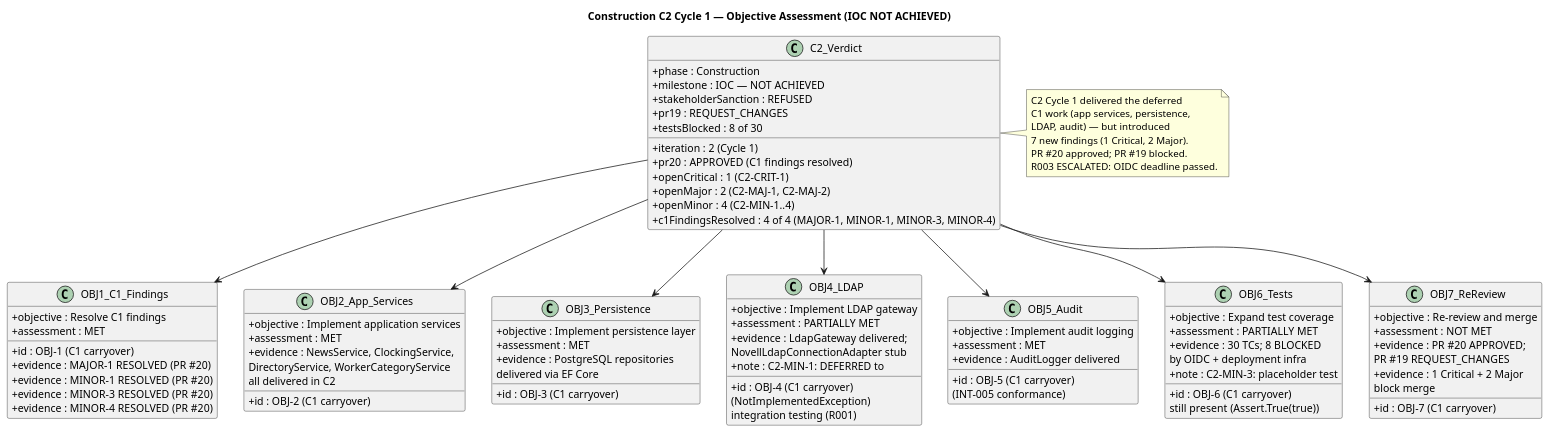
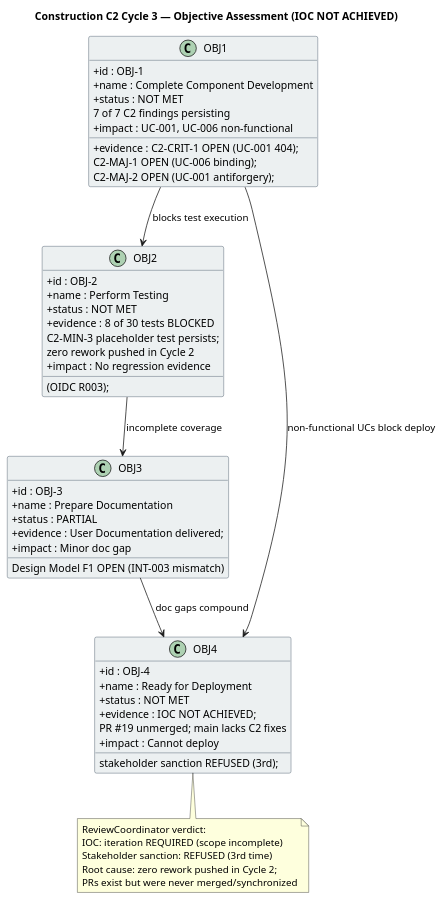
One commit to banense-test/portal-cuba-corp changed the first of 3 diagrams in docs/artifacts/project-management/iteration-assessment.md. Above: the diagram before and after it, drawn with PlantUML. The commit also changed other lines of this file, not shown here.

First line of the commit message:
Project Manager [C2]: upsert Iteration Assessment

````diff
--- a/docs/artifacts/project-management/iteration-assessment.md
+++ b/docs/artifacts/project-management/iteration-assessment.md
@@ -24,105 +24,63 @@
 ```plantuml
 @startuml
-title Construction C2 Cycle 1 — Objective Assessment (IOC NOT ACHIEVED)
+title Construction C2 Cycle 3 — Objective Assessment (IOC NOT ACHIEVED)
 
+skinparam classBorderColor #2C3E50
+skinparam classBackgroundColor #ECF0F1
 skinparam classAttributeIconSize 0
-skinparam monochrome false
 
-class C2_Verdict {
-  + phase : Construction
-  + iteration : 2 (Cycle 1)
-  + milestone : IOC — NOT ACHIEVED
-  + stakeholderSanction : REFUSED
-  + pr20 : APPROVED (C1 findings resolved)
-  + pr19 : REQUEST_CHANGES
-  + openCritical : 1 (C2-CRIT-1)
-  + openMajor : 2 (C2-MAJ-1, C2-MAJ-2)
-  + openMinor : 4 (C2-MIN-1..4)
-  + c1FindingsResolved : 4 of 4 (MAJOR-1, MINOR-1, MINOR-3, MINOR-4)
-  + testsBlocked : 8 of 30
+class OBJ1 {
+  + id : OBJ-1
+  + name : Complete Component Development
+  + status : NOT MET
+  + evidence : C2-CRIT-1 OPEN (UC-001 404);
+    C2-MAJ-1 OPEN (UC-006 binding);
+    C2-MAJ-2 OPEN (UC-001 antiforgery);
+    7 of 7 C2 findings persisting
+  + impact : UC-001, UC-006 non-functional
 }
 
-class OBJ1_C1_Findings {
-  + id : OBJ-1 (C1 carryover)
-  + objective : Resolve C1 findings
-  + assessment : MET
-  + evidence : MAJOR-1 RESOLVED (PR #20)
-  + evidence : MINOR-1 RESOLVED (PR #20)
-  + evidence : MINOR-3 RESOLVED (PR #20)
-  + evidence : MINOR-4 RESOLVED (PR #20)
+class OBJ2 {
+  + id : OBJ-2
+  + name : Perform Testing
+  + status : NOT MET
+  + evidence : 8 of 30 tests BLOCKED
+    (OIDC R003);
+    C2-MIN-3 placeholder test persists;
+    zero rework pushed in Cycle 2
+  + impact : No regression evidence
 }
 
-class OBJ2_App_Services {
-  + id : OBJ-2 (C1 carryover)
-  + objective : Implement application services
-  + assessment : MET
-  + evidence : NewsService, ClockingService,
-    DirectoryService, WorkerCategoryService
-    all delivered in C2
+class OBJ3 {
+  + id : OBJ-3
+  + name : Prepare Documentation
+  + status : PARTIAL
+  + evidence : User Documentation delivered;
+    Design Model F1 OPEN (INT-003 mismatch)
+  + impact : Minor doc gap
 }
 
-class OBJ3_Persistence {
-  + id : OBJ-3 (C1 carryover)
-  + objective : Implement persistence layer
-  + assessment : MET
-  + evidence : PostgreSQL repositories
-    delivered via EF Core
+class OBJ4 {
+  + id : OBJ-4
+  + name : Ready for Deployment
+  + status : NOT MET
+  + evidence : IOC NOT ACHIEVED;
+    stakeholder sanction REFUSED (3rd);
+    PR #19 unmerged; main lacks C2 fixes
+  + impact : Cannot deploy
 }
 
-class OBJ4_LDAP {
-  + id : OBJ-4 (C1 carryover)
-  + objective : Implement LDAP gateway
-  + assessment : PARTIALLY MET
-  + evidence : LdapGateway delivered;
-    NovellLdapConnectionAdapter stub
-    (NotImplementedException)
-  + note : C2-MIN-1: DEFERRED to
-    integration testing (R001)
-}
+OBJ1 --> OBJ2 : blocks test execution
+OBJ2 --> OBJ3 : incomplete coverage
+OBJ3 --> OBJ4 : doc gaps compound
+OBJ1 --> OBJ4 : non-functional UCs block deploy
 
-class OBJ5_Audit {
-  + id : OBJ-5 (C1 carryover)
-  + objective : Implement audit logging
-  + assessment : MET
-  + evidence : AuditLogger delivered
-    (INT-005 conformance)
-}
-
-class OBJ6_Tests {
-  + id : OBJ-6 (C1 carryover)
-  + objective : Expand test coverage
-  + assessment : PARTIALLY MET
-  + evidence : 30 TCs; 8 BLOCKED
-    by OIDC + deployment infra
-  + note : C2-MIN-3: placeholder test
-    still present (Assert.True(true))
-}
-
-class OBJ7_ReReview {
-  + id : OBJ-7 (C1 carryover)
-  + objective : Re-review and merge
-  + assessment : NOT MET
-  + evidence : PR #20 APPROVED;
-    PR #19 REQUEST_CHANGES
-  + evidence : 1 Critical + 2 Major
-    block merge
-}
-
-C2_Verdict --> OBJ1_C1_Findings
-C2_Verdict --> OBJ2_App_Services
-C2_Verdict --> OBJ3_Persistence
-C2_Verdict --> OBJ4_LDAP
-C2_Verdict --> OBJ5_Audit
-C2_Verdict --> OBJ6_Tests
-C2_Verdict --> OBJ7_ReReview
-
-note right of C2_Verdict
-  C2 Cycle 1 delivered the deferred
-  C1 work (app services, persistence,
-  LDAP, audit) — but introduced
-  7 new findings (1 Critical, 2 Major).
-  PR #20 approved; PR #19 blocked.
-  R003 ESCALATED: OIDC deadline passed.
+note bottom of OBJ4
+  ReviewCoordinator verdict:
+  IOC: iteration REQUIRED (scope incomplete)
+  Stakeholder sanction: REFUSED (3rd time)
+  Root cause: zero rework pushed in Cycle 2;
+  PRs exist but were never merged/synchronized
 end note
 
 @enduml
````
